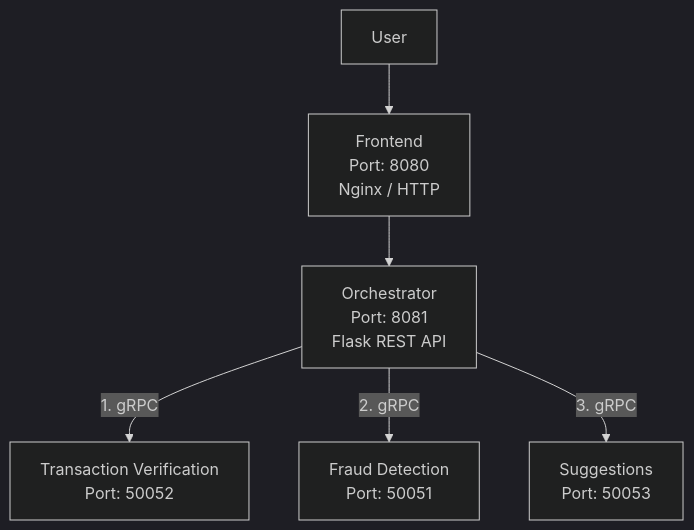
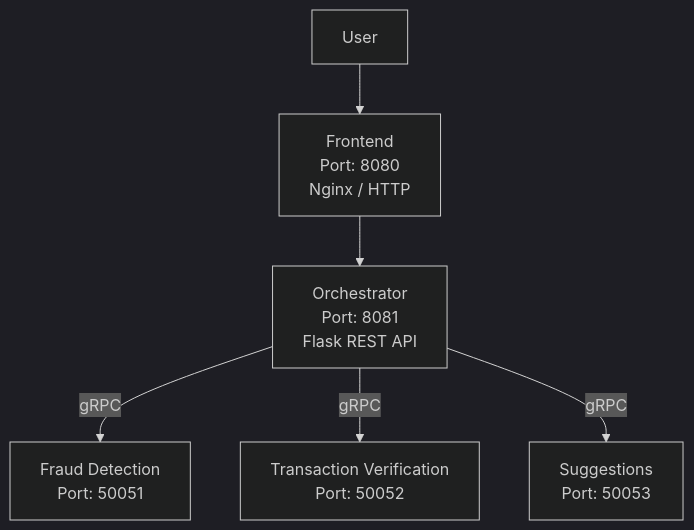
Before and after one commit to mobile-cloud-computing/ds-practice-2025: the first of 2 diagrams in README.md, drawn with Mermaid (dark theme). The commit also changed other lines of this file and 12 other files, not shown here.

````diff
--- a/README.md
+++ b/README.md
@@ -9,8 +9,8 @@
 ```mermaid
 graph TD
     A[User] --> B[Frontend<br/>Port: 8080<br/>Nginx / HTTP]
     B --> C[Orchestrator<br/>Port: 8081<br/>Flask REST API]
-    C -->|1. gRPC| D[Transaction Verification<br/>Port: 50052]
-    C -->|2. gRPC| E[Fraud Detection<br/>Port: 50051]
-    C -->|3. gRPC| F[Suggestions<br/>Port: 50053]
+    C -->|gRPC| E[Fraud Detection<br/>Port: 50051]
+    C -->|gRPC| D[Transaction Verification<br/>Port: 50052]
+    C -->|gRPC| F[Suggestions<br/>Port: 50053]
 ```
````
